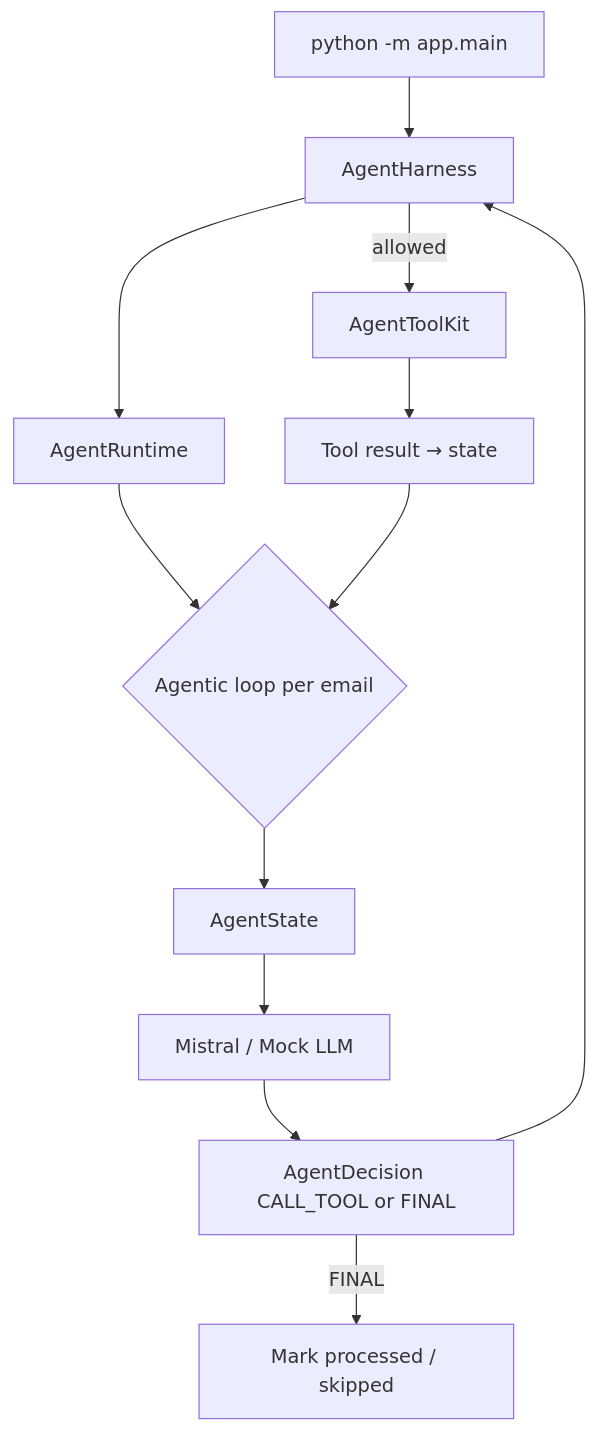
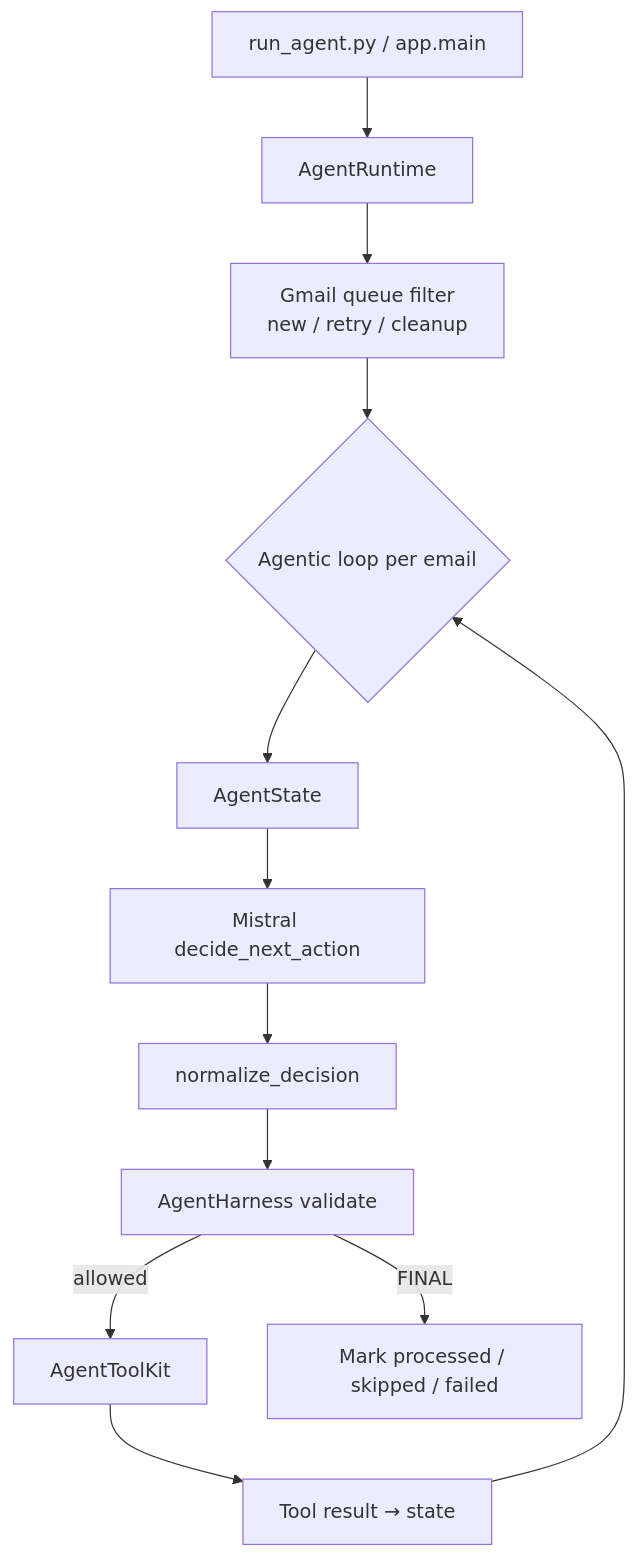
The diagram in docs/presentation.md (Nisarg9072-god/Email-Agent), drawn with Mermaid before and after one commit. The commit also changed other lines of this file and 5 other files, not shown here.

````diff
--- a/docs/presentation.md
+++ b/docs/presentation.md
@@ -20,14 +22,14 @@
 ```mermaid
 flowchart TD
-    CLI[python -m app.main] --> HARNESS[AgentHarness]
-    HARNESS --> RUNTIME[AgentRuntime]
-    RUNTIME --> LOOP{Agentic loop per email}
+    CLI[run_agent.py / app.main] --> RUNTIME[AgentRuntime]
+    RUNTIME --> FILTER[Gmail queue filter<br/>new / retry / cleanup]
+    FILTER --> LOOP{Agentic loop per email}
     LOOP --> STATE[AgentState]
-    STATE --> LLM[Mistral / Mock LLM]
-    LLM --> DECIDE[AgentDecision CALL_TOOL or FINAL]
-    DECIDE --> HARNESS
+    STATE --> LLM[Mistral decide_next_action]
+    LLM --> NORM[normalize_decision]
+    NORM --> HARNESS[AgentHarness validate]
     HARNESS -->|allowed| TOOL[AgentToolKit]
     TOOL --> RESULT[Tool result → state]
     RESULT --> LOOP
-    DECIDE -->|FINAL| STOP[Mark processed / skipped]
+    HARNESS -->|FINAL| STOP[Mark processed / skipped / failed]
 ```
````
